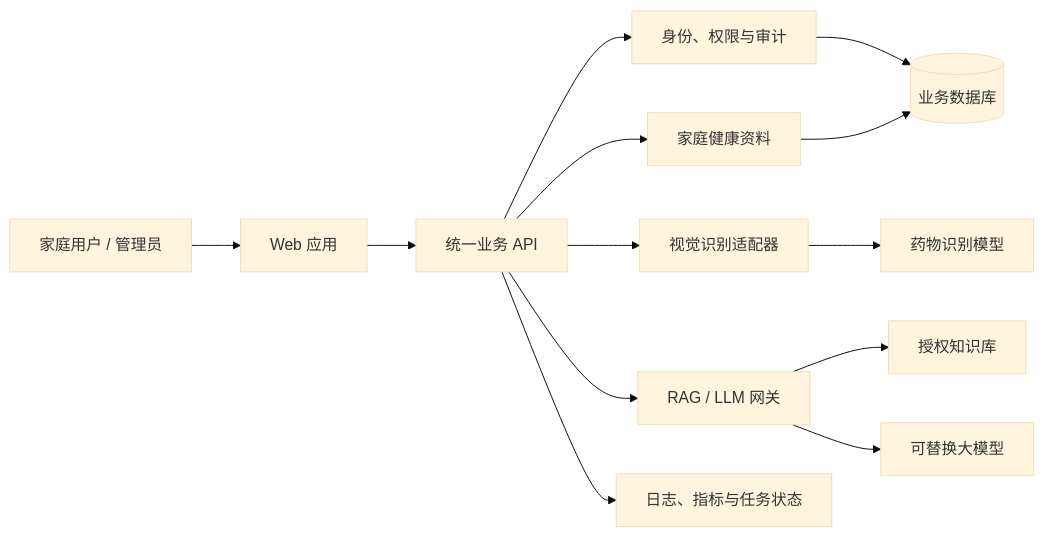
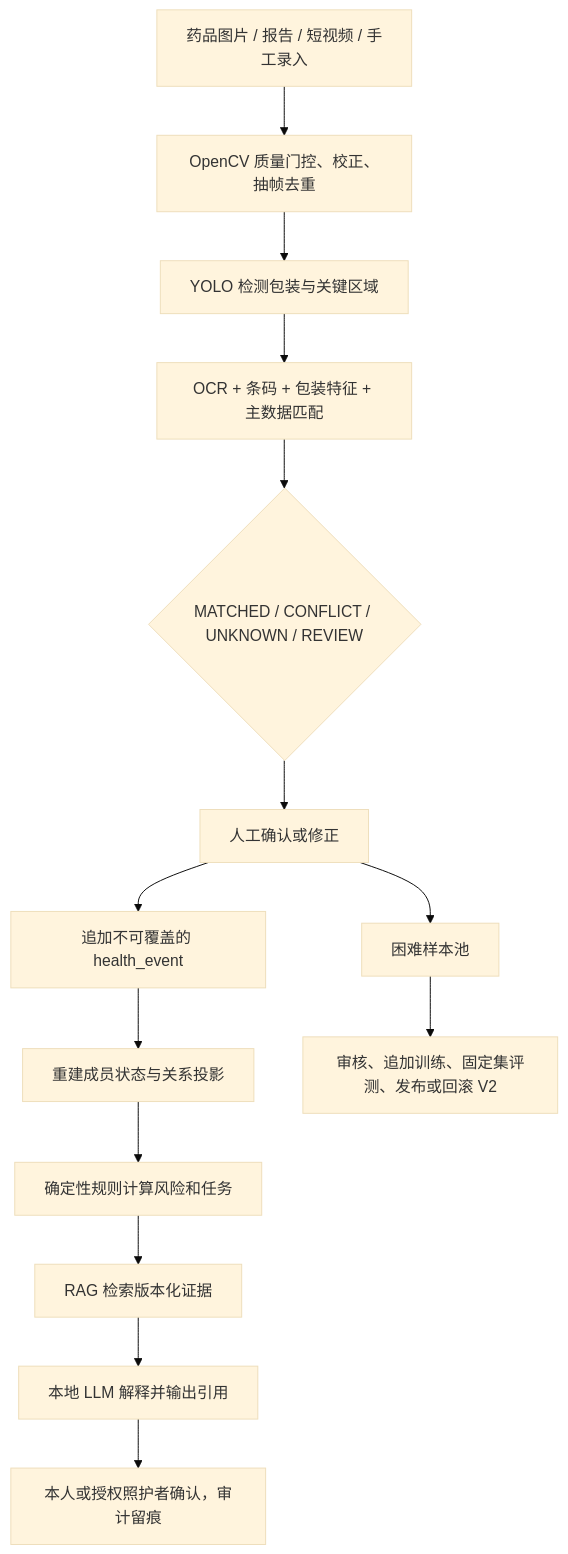
One commit to Meyt1n/issedu_ysu2026_3709 changed the first of 2 diagrams in README.md. Above: the diagram before and after it, drawn with Mermaid (base theme). The commit also changed other lines of this file and 23 other files, not shown here.

````diff
--- a/README.md
+++ b/README.md
@@ -47,15 +39,16 @@
 ```mermaid
-flowchart LR
-    U["家庭用户 / 管理员"] --> W["Web 应用"]
-    W --> A["统一业务 API"]
-    A --> I["身份、权限与审计"]
-    A --> H["家庭健康资料"]
-    A --> V["视觉识别适配器"]
-    A --> Q["RAG / LLM 网关"]
-    V --> M["药物识别模型"]
-    Q --> K["授权知识库"]
-    Q --> L["可替换大模型"]
-    I --> D[("业务数据库")]
-    H --> D
-    A --> O["日志、指标与任务状态"]
+flowchart TD
+    A["药品图片 / 报告 / 短视频 / 手工录入"] --> B["OpenCV 质量门控、校正、抽帧去重"]
+    B --> C["YOLO 检测包装与关键区域"]
+    C --> D["OCR + 条码 + 包装特征 + 主数据匹配"]
+    D --> E{"MATCHED / CONFLICT / UNKNOWN / REVIEW"}
+    E --> F["人工确认或修正"]
+    F --> G["追加不可覆盖的 health_event"]
+    G --> H["重建成员状态与关系投影"]
+    H --> I["确定性规则计算风险和任务"]
+    I --> J["RAG 检索版本化证据"]
+    J --> K["本地 LLM 解释并输出引用"]
+    K --> L["本人或授权照护者确认，审计留痕"]
+    F --> M["困难样本池"]
+    M --> N["审核、追加训练、固定集评测、发布或回滚 V2"]
 ```
````
